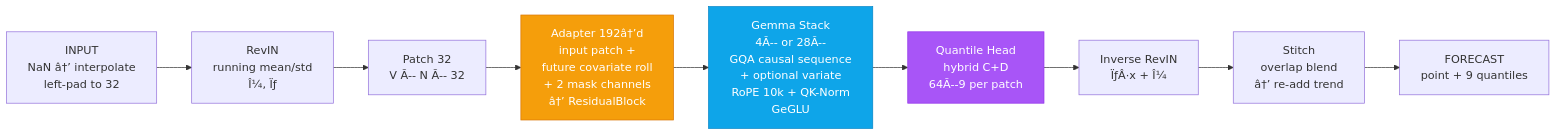
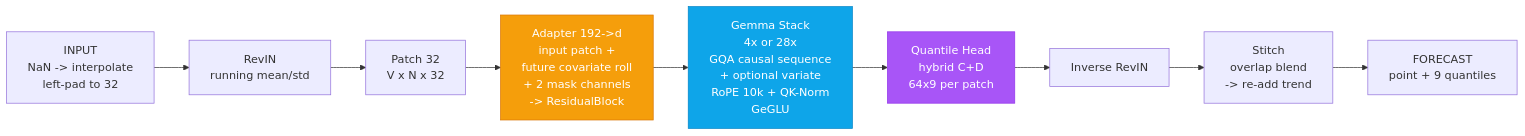
Before and after one commit to SNAPKITTYWEST/nano-gemini: the second of 3 diagrams in README.md, drawn with Mermaid. The commit also changed other lines of this file, not shown here.

Commit message:
Fix README mermaid: escape [V,T] to (V,T) in nodes, pure ASCII, UTF-8 no BOM

````diff
--- a/README.md
+++ b/README.md
@@ -76,15 +76,15 @@
 ```mermaid
 flowchart LR
-    A[INPUT<br/>NaN â†’ interpolate<br/>left-pad to 32] --> B[RevIN<br/>running mean/std<br/>Î¼, Ïƒ]
-    B --> C[Patch 32<br/>V Ã-- N Ã-- 32]
-    C --> D[Adapter 192â†’d<br/>input patch +<br/>future covariate roll<br/>+ 2 mask channels<br/>â†’ ResidualBlock]
-    D --> E[Gemma Stack<br/>4Ã-- or 28Ã--<br/>GQA causal sequence<br/>+ optional variate<br/>RoPE 10k + QK-Norm<br/>GeGLU]
-    E --> F[Quantile Head<br/>hybrid C+D<br/>64Ã--9 per patch]
-    F --> G[Inverse RevIN<br/>ÏƒÂ·x + Î¼]
-    G --> H[Stitch<br/>overlap blend<br/>â†’ re-add trend]
-    H --> I[FORECAST<br/>point + 9 quantiles]
+    A["INPUT<br/>NaN -> interpolate<br/>left-pad to 32"] --> B["RevIN<br/>running mean/std"]
+    B --> C["Patch 32<br/>V x N x 32"]
+    C --> D["Adapter 192->d<br/>input patch +<br/>future covariate roll<br/>+ 2 mask channels<br/>-> ResidualBlock"]
+    D --> E["Gemma Stack<br/>4x or 28x<br/>GQA causal sequence<br/>+ optional variate<br/>RoPE 10k + QK-Norm<br/>GeGLU"]
+    E --> F["Quantile Head<br/>hybrid C+D<br/>64x9 per patch"]
+    F --> G["Inverse RevIN"]
+    G --> H["Stitch<br/>overlap blend<br/>-> re-add trend"]
+    H --> I["FORECAST<br/>point + 9 quantiles"]
 
     style D fill:#f59e0b,stroke:#d97706,color:#fff
     style E fill:#0ea5e9,stroke:#0284c7,color:#fff
     style F fill:#a855f7,stroke:#9333ea,color:#fff
 ```
````
